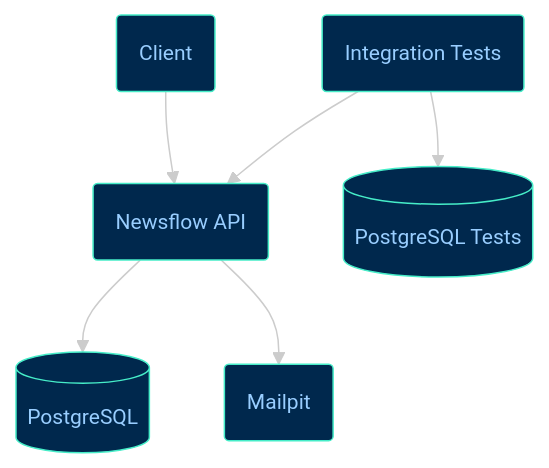
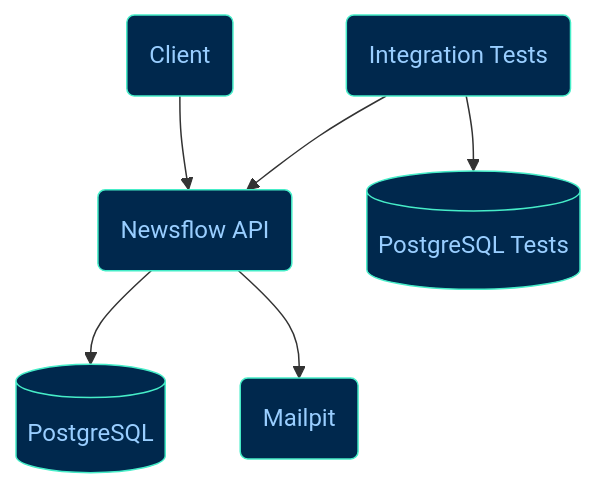
The diagram in README.md (leonardooliveira00/newsflow-api), drawn with Mermaid before and after one commit.

Commit message:
fix: fixed architecture diagram layout.

````diff
--- a/README.md
+++ b/README.md
@@ -36,31 +36,27 @@
 ```mermaid
----
-config:
-  theme: neo-dark
----
 flowchart TB
     Reader["Client"] --> API["Newsflow API"]
     API --> DB["PostgreSQL"] & Mail["Mailpit"]
     Tests["Integration Tests"] --> DBTests["PostgreSQL Tests"] & API
 
     Reader@{ shape: rounded}
     API@{ shape: rounded}
     DB@{ shape: db}
     Mail@{ shape: rounded}
     Tests@{ shape: rounded}
     DBTests@{ shape: db}
      Reader:::Aqua
      API:::Aqua
      DB:::Aqua
      Mail:::Aqua
      Tests:::Aqua
      DBTests:::Aqua
     classDef Aqua stroke-width:1px, stroke-dasharray:none, stroke:#46EDC8, fill:#DEFFF8, color:#378E7A
     style Reader fill:#00284d,color:#99ceff
     style API fill:#00284d,color:#99ceff
     style DB fill:#00284d,color:#99ceff
     style Mail fill:#00284d,color:#99ceff
     style Tests fill:#00284d,color:#99ceff
     style DBTests fill:#00284d,color:#99ceff
 
 ```
````
